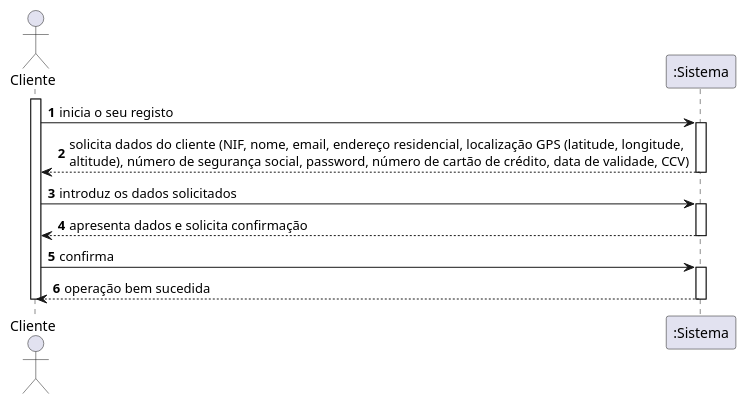
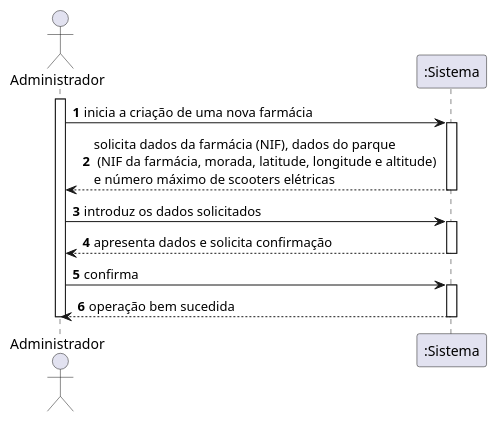
The diagram in docs/UC7/SSD-REGISTAR CLIENTE.puml (pedrolemos4/LAPR3), drawn with PlantUML before and after one commit. The commit also changed 1 other file, not shown here.

Commit message:
LAP3AP4-7 #close Registar Cliente [Review]

```diff
--- a/docs/UC7/SSD-REGISTAR CLIENTE.puml
+++ b/docs/UC7/SSD-REGISTAR CLIENTE.puml
@@ -1,22 +1,22 @@
 @startuml
 autonumber
-actor "Cliente" as CL
+actor "Administrador" as ADM
 
-activate CL
-CL -> ":Sistema" : inicia o seu registo
+activate ADM
+ADM -> ":Sistema" : inicia a criação de uma nova farmácia
 activate ":Sistema"
-":Sistema" --> CL : solicita dados do cliente (NIF, nome, email, endereço residencial, localização GPS (latitude, longitude, \naltitude), número de segurança social, password, número de cartão de crédito, data de validade, CCV)
+":Sistema" --> ADM : solicita dados da farmácia (NIF), dados do parque\n (NIF da farmácia, morada, latitude, longitude e altitude) \ne número máximo de scooters elétricas
 deactivate ":Sistema"
 
-CL -> ":Sistema" : introduz os dados solicitados
+ADM -> ":Sistema" : introduz os dados solicitados
 activate ":Sistema"
-":Sistema" --> CL : apresenta dados e solicita confirmação
+":Sistema" --> ADM : apresenta dados e solicita confirmação
 deactivate ":Sistema"
 
-CL -> ":Sistema" : confirma
+ADM -> ":Sistema" : confirma
 activate ":Sistema"
-":Sistema" --> CL : operação bem sucedida
+":Sistema" --> ADM : operação bem sucedida
 deactivate ":Sistema"
 
-deactivate CL
+deactivate ADM
 @enduml
```
